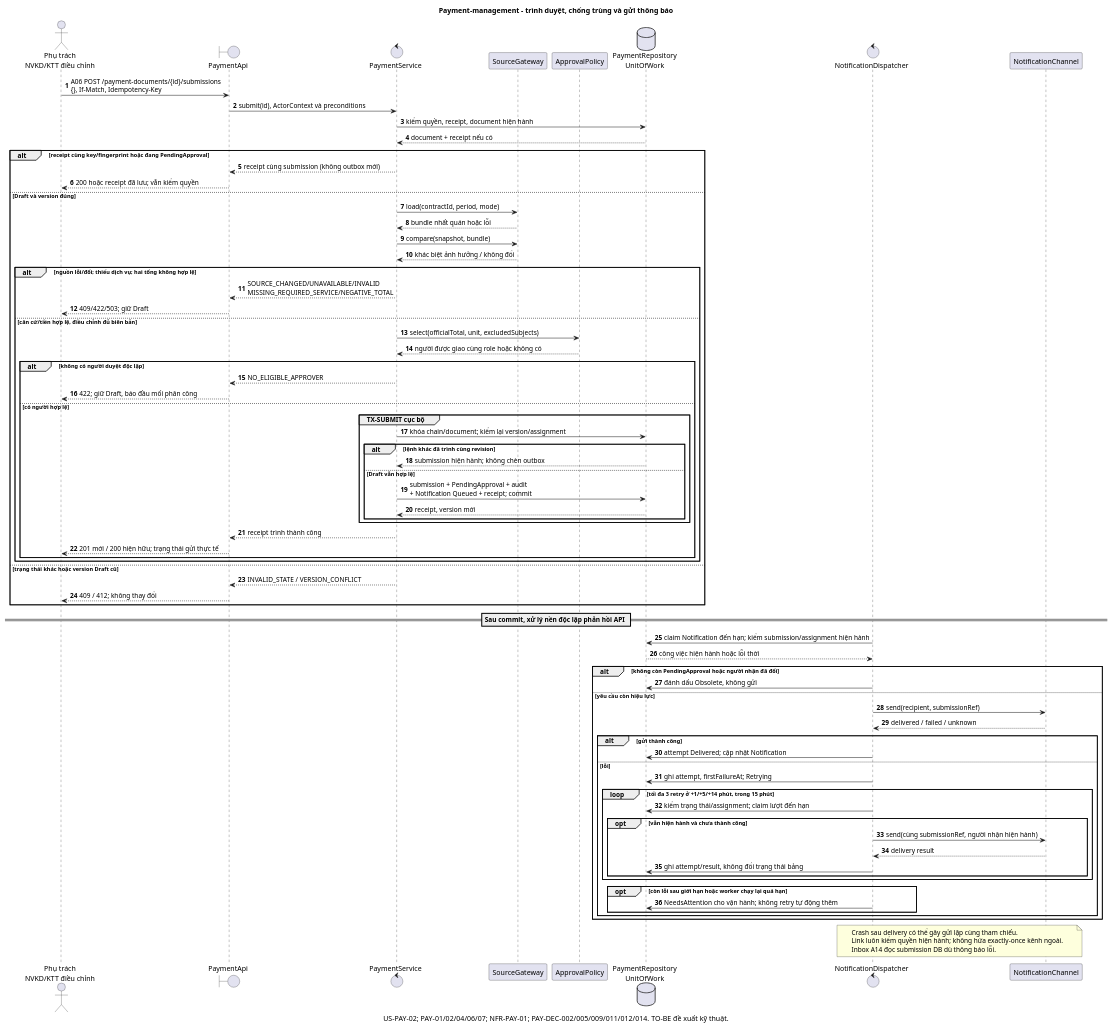
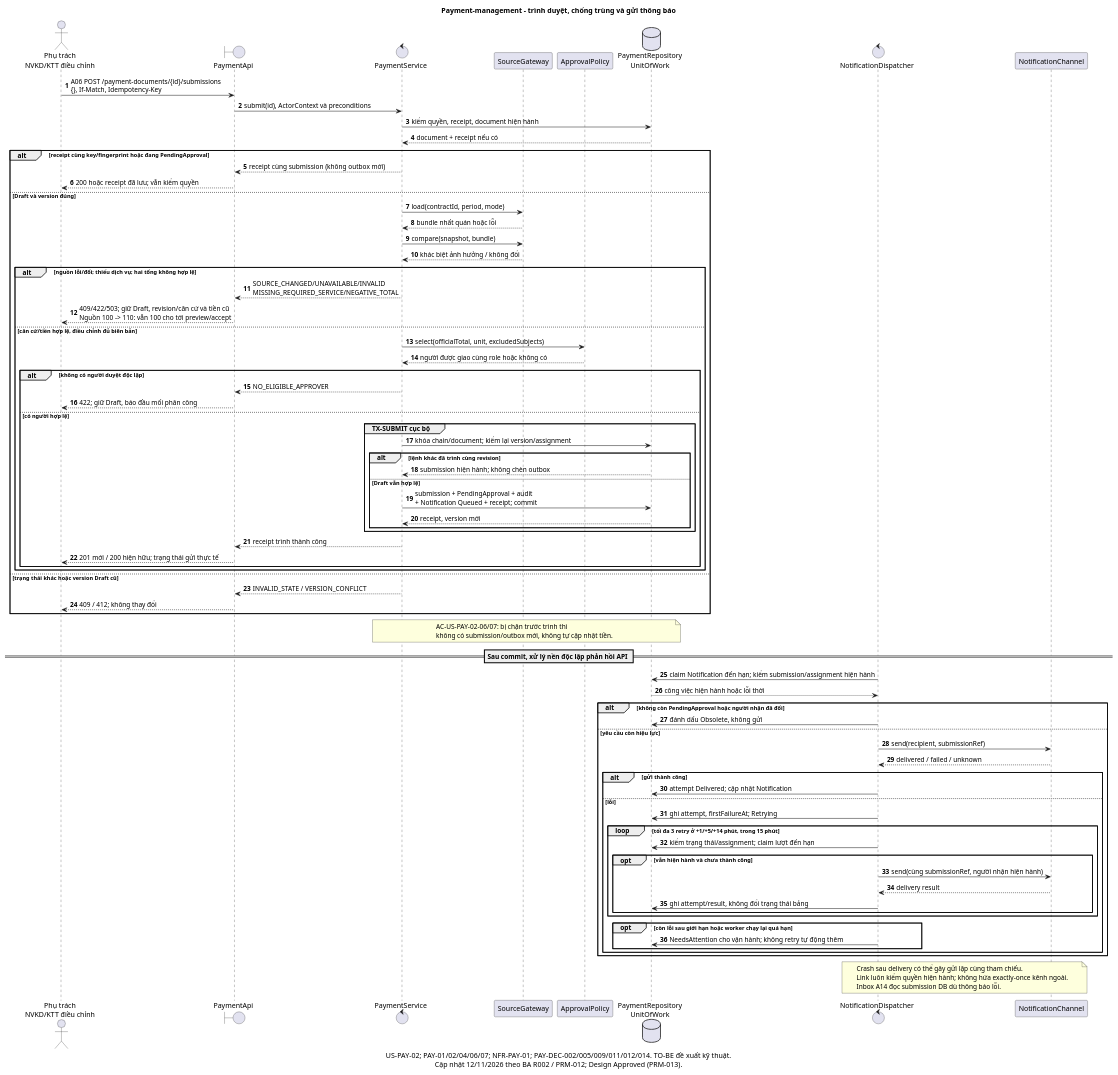
One commit to NotTodaySirr/module_thanh_toan changed the diagram in docs/design/payment-management/diagrams/sequence.puml. Above: the diagram before and after it, drawn with PlantUML. The commit also changed 22 other files, not shown here.

Commit message:
docs(payment-management): cập nhật thiết kế theo phân tích sau R002

```diff
--- a/docs/design/payment-management/diagrams/sequence.puml
+++ b/docs/design/payment-management/diagrams/sequence.puml
@@ -1,85 +1,90 @@
 @startuml
 title Payment-management - trình duyệt, chống trùng và gửi thông báo
-caption US-PAY-02; PAY-01/02/04/06/07; NFR-PAY-01; PAY-DEC-002/005/009/011/012/014. TO-BE đề xuất kỹ thuật.
+caption US-PAY-02; PAY-01/02/04/06/07; NFR-PAY-01; PAY-DEC-002/005/009/011/012/014. TO-BE đề xuất kỹ thuật.\nCập nhật 12/11/2026 theo BA R002 / PRM-012; Design Approved (PRM-013).
 skinparam defaultFontName Arial
 autonumber
 actor "Phụ trách\nNVKD/KTT điều chỉnh" as User
 boundary PaymentApi as Api
 control PaymentService as Service
 participant SourceGateway as Source
 participant ApprovalPolicy as Policy
 database "PaymentRepository\nUnitOfWork" as Repo
 control NotificationDispatcher as Worker
 participant NotificationChannel as Channel
 
 User -> Api : A06 POST /payment-documents/{id}/submissions\n{}, If-Match, Idempotency-Key
 Api -> Service : submit(id), ActorContext và preconditions
 Service -> Repo : kiểm quyền, receipt, document hiện hành
 Repo --> Service : document + receipt nếu có
 alt receipt cùng key/fingerprint hoặc đang PendingApproval
   Service --> Api : receipt cùng submission (không outbox mới)
   Api --> User : 200 hoặc receipt đã lưu; vẫn kiểm quyền
 else Draft và version đúng
   Service -> Source : load(contractId, period, mode)
   Source --> Service : bundle nhất quán hoặc lỗi
   Service -> Source : compare(snapshot, bundle)
   Source --> Service : khác biệt ảnh hưởng / không đổi
   alt nguồn lỗi/đổi; thiếu dịch vụ; hai tổng không hợp lệ
     Service --> Api : SOURCE_CHANGED/UNAVAILABLE/INVALID\nMISSING_REQUIRED_SERVICE/NEGATIVE_TOTAL
-    Api --> User : 409/422/503; giữ Draft
+    Api --> User : 409/422/503; giữ Draft, revision/căn cứ và tiền cũ\nNguồn 100 -> 110: vẫn 100 cho tới preview/accept
   else căn cứ/tiền hợp lệ, điều chỉnh đủ biên bản
     Service -> Policy : select(officialTotal, unit, excludedSubjects)
     Policy --> Service : người được giao cùng role hoặc không có
     alt không có người duyệt độc lập
       Service --> Api : NO_ELIGIBLE_APPROVER
       Api --> User : 422; giữ Draft, báo đầu mối phân công
     else có người hợp lệ
       group TX-SUBMIT cục bộ
         Service -> Repo : khóa chain/document; kiểm lại version/assignment
         alt lệnh khác đã trình cùng revision
           Repo --> Service : submission hiện hành; không chèn outbox
         else Draft vẫn hợp lệ
           Service -> Repo : submission + PendingApproval + audit\n+ Notification Queued + receipt; commit
           Repo --> Service : receipt, version mới
         end
       end
       Service --> Api : receipt trình thành công
       Api --> User : 201 mới / 200 hiện hữu; trạng thái gửi thực tế
     end
   end
 else trạng thái khác hoặc version Draft cũ
   Service --> Api : INVALID_STATE / VERSION_CONFLICT
   Api --> User : 409 / 412; không thay đổi
 end
+
+note over Service,Repo
+  AC-US-PAY-02-06/07: bị chặn trước trình thì
+  không có submission/outbox mới, không tự cập nhật tiền.
+end note
 
 == Sau commit, xử lý nền độc lập phản hồi API ==
 Worker -> Repo : claim Notification đến hạn; kiểm submission/assignment hiện hành
 Repo --> Worker : công việc hiện hành hoặc lỗi thời
 alt không còn PendingApproval hoặc người nhận đã đổi
   Worker -> Repo : đánh dấu Obsolete, không gửi
 else yêu cầu còn hiệu lực
   Worker -> Channel : send(recipient, submissionRef)
   Channel --> Worker : delivered / failed / unknown
   alt gửi thành công
     Worker -> Repo : attempt Delivered; cập nhật Notification
   else lỗi
     Worker -> Repo : ghi attempt, firstFailureAt; Retrying
     loop tối đa 3 retry ở +1/+5/+14 phút, trong 15 phút
       Worker -> Repo : kiểm trạng thái/assignment; claim lượt đến hạn
       opt vẫn hiện hành và chưa thành công
         Worker -> Channel : send(cùng submissionRef, người nhận hiện hành)
         Channel --> Worker : delivery result
         Worker -> Repo : ghi attempt/result, không đổi trạng thái bảng
       end
     end
     opt còn lỗi sau giới hạn hoặc worker chạy lại quá hạn
       Worker -> Repo : NeedsAttention cho vận hành; không retry tự động thêm
     end
   end
 end
 note over Worker,Channel
   Crash sau delivery có thể gây gửi lặp cùng tham chiếu.
   Link luôn kiểm quyền hiện hành; không hứa exactly-once kênh ngoài.
   Inbox A14 đọc submission DB dù thông báo lỗi.
 end note
 @enduml
```
